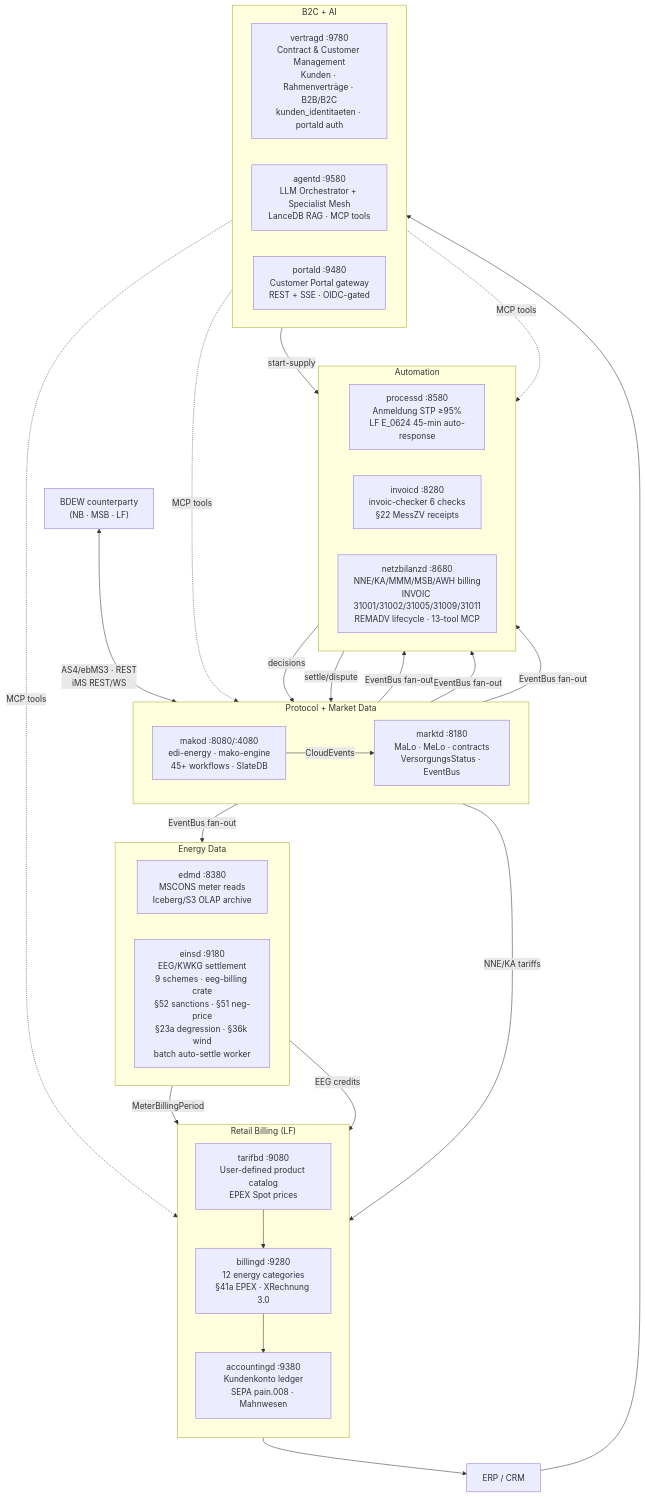
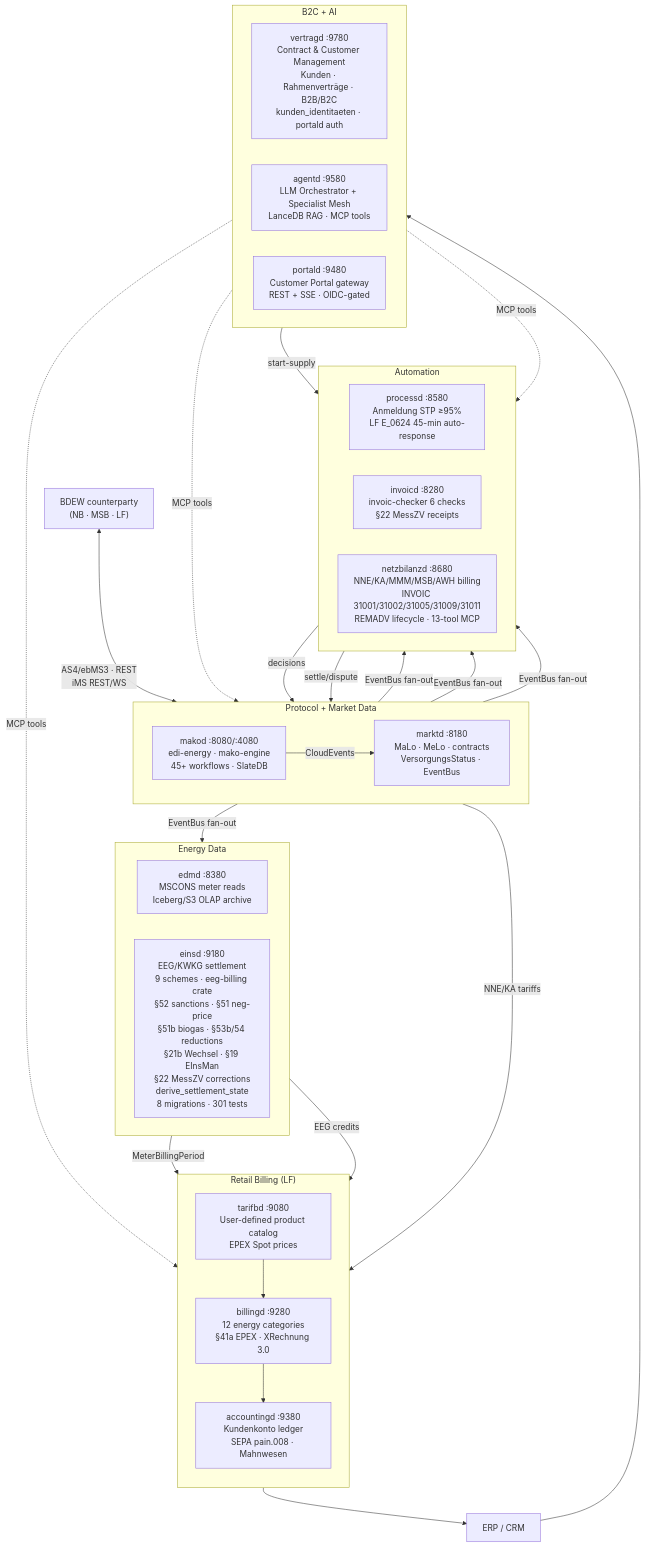
Before and after one commit to hupe1980/mako: the diagram in docs/index.md, drawn with Mermaid. The commit also changed other lines of this file and 74 other files, not shown here.

````diff
--- a/docs/index.md
+++ b/docs/index.md
@@ -258,51 +266,51 @@
 ```mermaid
 graph TB
     BDEW["BDEW counterparty\n(NB · MSB · LF)"]
 
     subgraph core ["Protocol + Market Data"]
         direction LR
         makod["makod :8080/:4080\nedi-energy · mako-engine\n45+ workflows · SlateDB"]
         marktd["marktd :8180\nMaLo · MeLo · contracts\nVersorgungsStatus · EventBus"]
         makod -->|"CloudEvents"| marktd
     end
 
     subgraph auto ["Automation"]
         direction LR
         processd["processd :8580\nAnmeldung STP ≥95%\nLF E_0624 45-min auto-response"]
         invoicd["invoicd :8280\ninvoic-checker 6 checks\n§22 MessZV receipts"]
         netzbilanzd["netzbilanzd :8680\nNNE/KA/MMM/MSB/AWH billing\nINVOIC 31001/31002/31005/31009/31011\nREMADV lifecycle · 13-tool MCP"]
     end
 
     subgraph energy ["Energy Data"]
         direction LR
         edmd["edmd :8380\nMSCONS meter reads\nIceberg/S3 OLAP archive"]
-        einsd["einsd :9180\nEEG/KWKG settlement\n9 schemes · eeg-billing crate\n§52 sanctions · §51 neg-price\n§23a degression · §36k wind\nbatch auto-settle worker"]
+        einsd["einsd :9180\nEEG/KWKG settlement\n9 schemes · eeg-billing crate\n§52 sanctions · §51 neg-price\n§51b biogas · §53b/54 reductions\n§21b Wechsel · §19 EInsMan\n§22 MessZV corrections\nderive_settlement_state\n8 migrations · 301 tests"]
     end
 
     subgraph retail ["Retail Billing (LF)"]
         direction TB
         tarifbd["tarifbd :9080\nUser-defined product catalog\nEPEX Spot prices"]
         billingd["billingd :9280\n12 energy categories\n§41a EPEX · XRechnung 3.0"]
         accountingd["accountingd :9380\nKundenkonto ledger\nSEPA pain.008 · Mahnwesen"]
         tarifbd --> billingd --> accountingd
     end
 
     subgraph b2c ["B2C + AI"]
         direction LR
         vertragd["vertragd :9780\nContract & Customer Management\nKunden · Rahmenverträge · B2B/B2C\nkunden_identitaeten · portald auth"]
         agentd["agentd :9580\nLLM Orchestrator + Specialist Mesh\nLanceDB RAG · MCP tools"]
         portald["portald :9480\nCustomer Portal gateway\nREST + SSE · OIDC-gated"]
     end
 
     BDEW <-->|"AS4/ebMS3 · REST\niMS REST/WS"| makod
     marktd -->|"EventBus fan-out"| processd & invoicd & edmd & auto
     processd -->|"decisions"| makod
     invoicd -->|"settle/dispute"| makod
     edmd -->|"MeterBillingPeriod"| billingd
     marktd -->|"NNE/KA tariffs"| billingd
     einsd -->|"EEG credits"| accountingd
     vertragd -->|"start-supply"| processd
     agentd -.->|"MCP tools"| core & retail & auto
     ERP["ERP / CRM"] --> vertragd
     accountingd --> ERP
 ```
````
